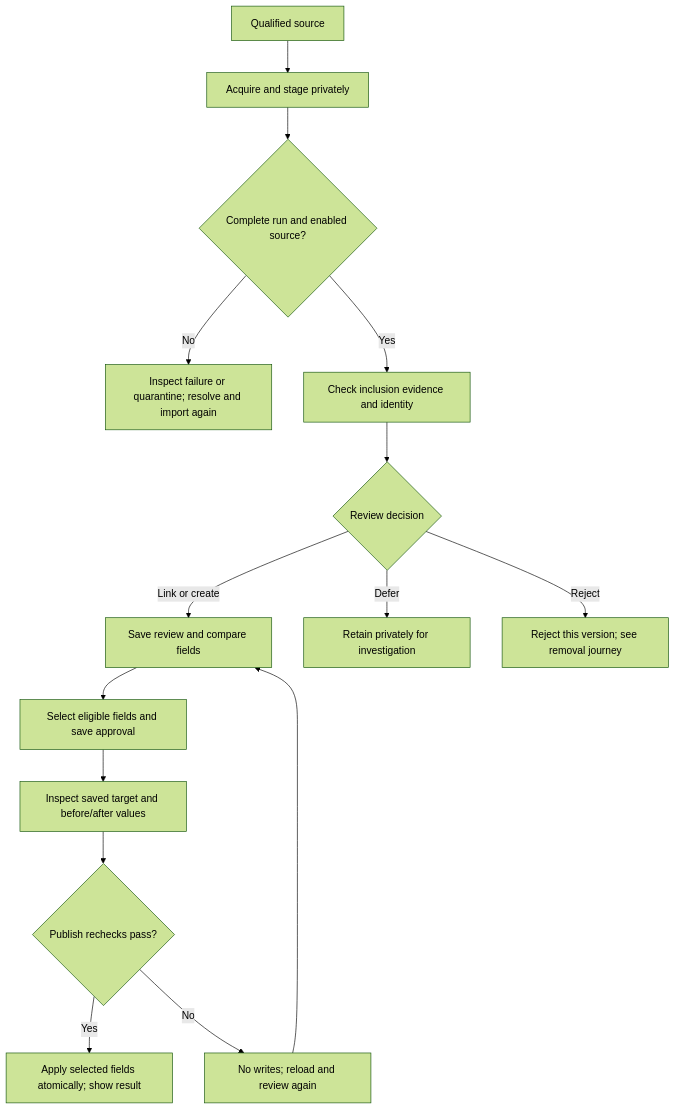
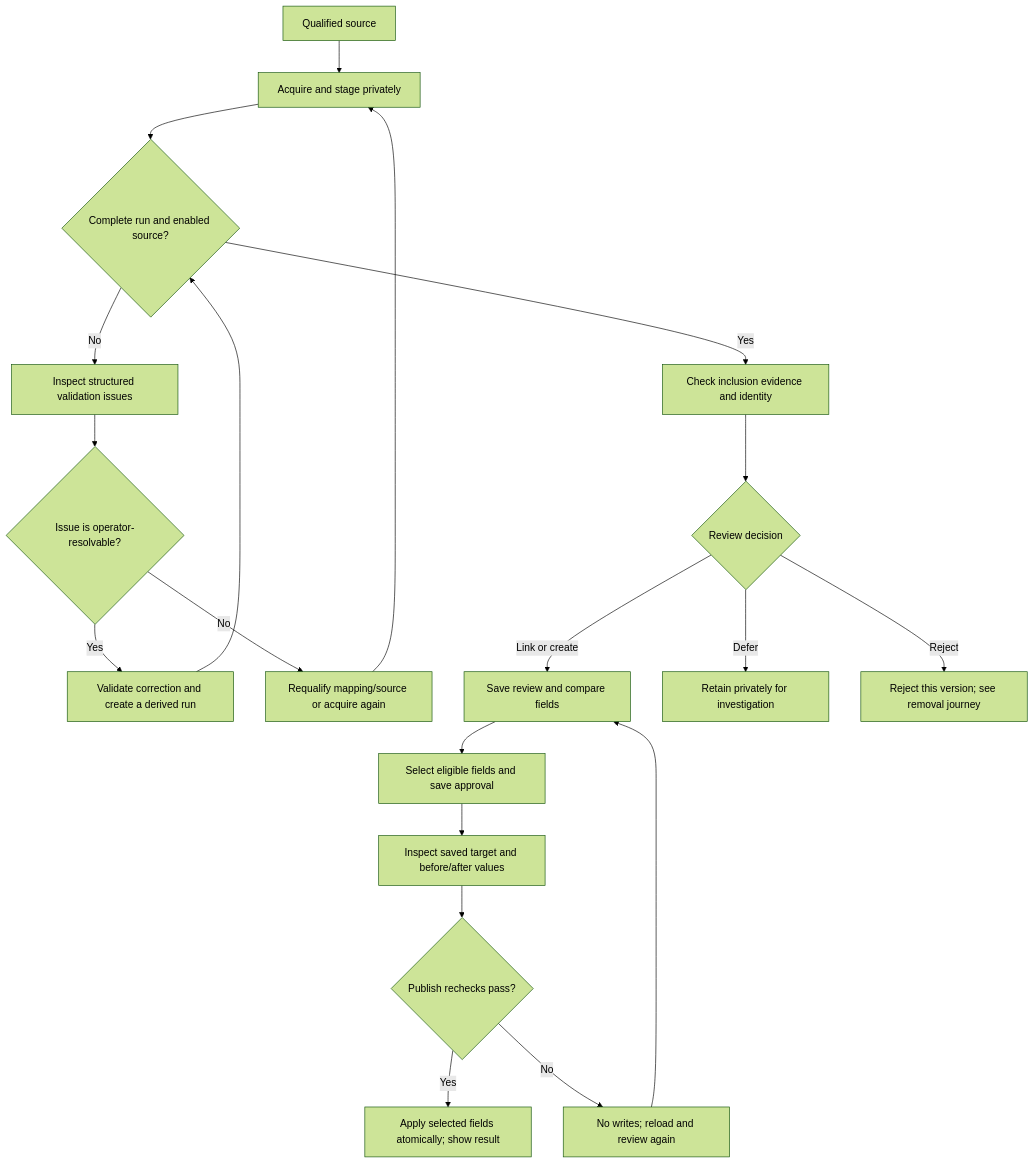
One commit to BEN-DataDev/community-orgs-portal changed the first of 3 diagrams in docs/core-journeys.md. Above: the diagram before and after it, drawn with Mermaid (forest theme). The commit also changed other lines of this file and 9 other files, not shown here.

````diff
--- a/docs/core-journeys.md
+++ b/docs/core-journeys.md
@@ -33,17 +34,22 @@
 ```mermaid
 flowchart TD
     A[Qualified source] --> B[Acquire and stage privately]
     B --> C{Complete run and enabled source?}
-    C -->|No| D[Inspect failure or quarantine; resolve and import again]
+    C -->|No| D[Inspect structured validation issues]
+    D --> O{Issue is operator-resolvable?}
+    O -->|Yes| P[Validate correction and create a derived run]
+    O -->|No| Q[Requalify mapping/source or acquire again]
+    P --> C
+    Q --> B
     C -->|Yes| E[Check inclusion evidence and identity]
     E --> F{Review decision}
     F -->|Link or create| G[Save review and compare fields]
     F -->|Defer| H[Retain privately for investigation]
     F -->|Reject| I[Reject this version; see removal journey]
     G --> J[Select eligible fields and save approval]
     J --> K[Inspect saved target and before/after values]
     K --> L{Publish rechecks pass?}
     L -->|Yes| M[Apply selected fields atomically; show result]
     L -->|No| N[No writes; reload and review again]
     N --> G
 ```
````
